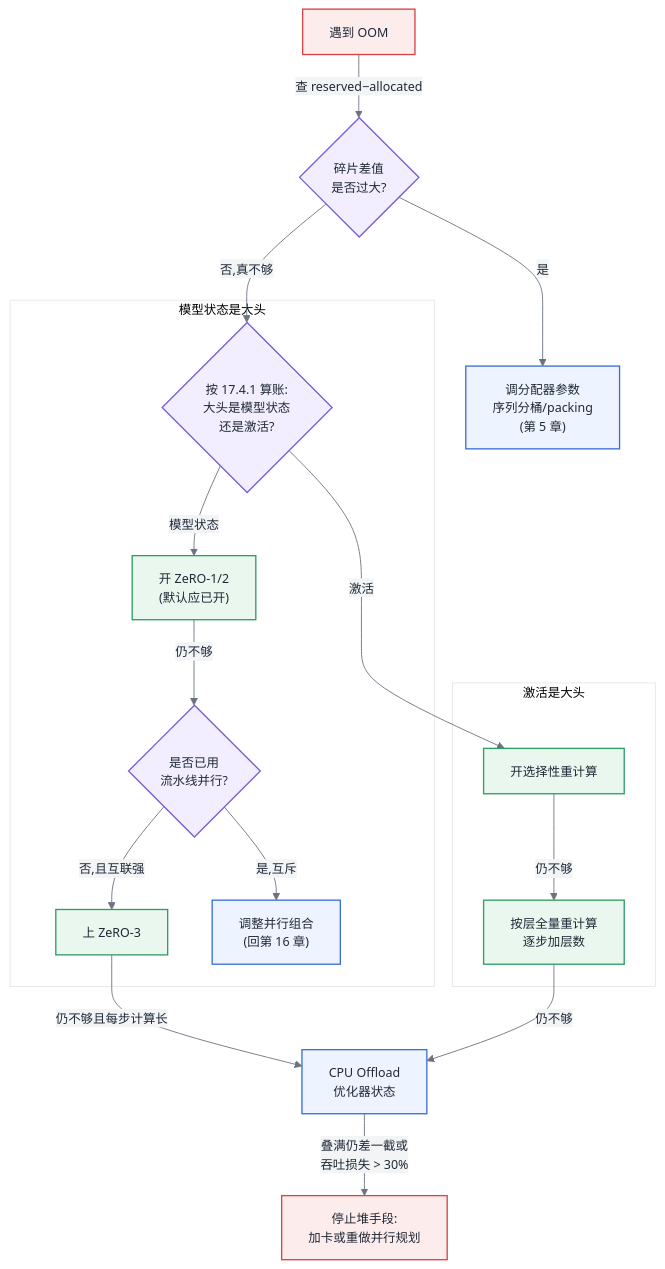
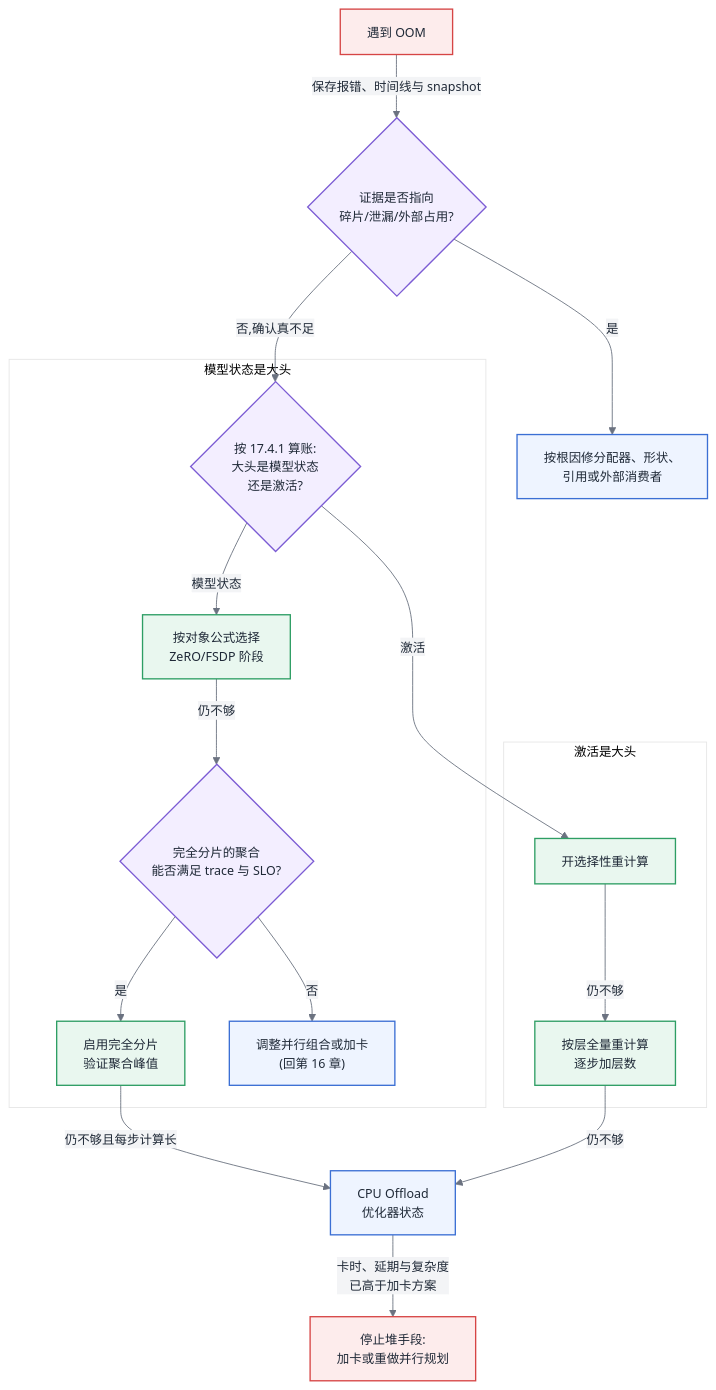
One commit to cdavid817/AI-Infra changed the second of 2 diagrams in 第四部分-训练系统/第17章-显存与训练侧精度机制.md. Above: the diagram before and after it, drawn with Mermaid. The commit also changed other lines of this file and 117 other files, not shown here.

````diff
--- a/第四部分-训练系统/第17章-显存与训练侧精度机制.md
+++ b/第四部分-训练系统/第17章-显存与训练侧精度机制.md
@@ -213,32 +279,32 @@
 ```mermaid
 %%{init: {'theme':'base','themeVariables':{
   'primaryColor':'#EEF4FF','primaryBorderColor':'#3B6FD4','primaryTextColor':'#1F2937',
   'secondaryColor':'#F3F4F6','tertiaryColor':'#FFFFFF',
   'lineColor':'#6B7280','fontFamily':'-apple-system, Segoe UI, Helvetica, Arial, sans-serif','fontSize':'14px'
 }}}%%
 flowchart TB
     classDef compute fill:#EEF4FF,stroke:#3B6FD4,stroke-width:1.5px,color:#1F2937
     classDef data fill:#E9F7EF,stroke:#2E9E64,stroke-width:1.5px,color:#1F2937
     classDef ctrl fill:#F3EEFF,stroke:#7C5CD4,stroke-width:1.5px,color:#1F2937
     classDef fault fill:#FDECEC,stroke:#D64545,stroke-width:1.5px,color:#1F2937
 
-    S[遇到 OOM]:::fault -->|"查 reserved−allocated"| F{碎片差值<br/>是否过大?}:::ctrl
-    F -->|是| F1["调分配器参数<br/>序列分桶/packing<br/>(第 5 章)"]:::compute
-    F -->|否,真不够| A{按 17.4.1 算账:<br/>大头是模型状态<br/>还是激活?}:::ctrl
+    S[遇到 OOM]:::fault -->|"保存报错、时间线与 snapshot"| F{证据是否指向<br/>碎片/泄漏/外部占用?}:::ctrl
+    F -->|是| F1["按根因修分配器、形状、<br/>引用或外部消费者"]:::compute
+    F -->|否,确认真不足| A{按 17.4.1 算账:<br/>大头是模型状态<br/>还是激活?}:::ctrl
 
     subgraph 模型状态路线["模型状态是大头"]
-        A -->|"模型状态"| B["开 ZeRO-1/2<br/>(默认应已开)"]:::data
-        B -->|仍不够| C{"是否已用<br/>流水线并行?"}:::ctrl
-        C -->|否,且互联强| D["上 ZeRO-3"]:::data
-        C -->|是,互斥| E["调整并行组合<br/>(回第 16 章)"]:::compute
+        A -->|"模型状态"| B["按对象公式选择<br/>ZeRO/FSDP 阶段"]:::data
+        B -->|仍不够| C{"完全分片的聚合<br/>能否满足 trace 与 SLO?"}:::ctrl
+        C -->|是| D["启用完全分片<br/>验证聚合峰值"]:::data
+        C -->|否| E["调整并行组合或加卡<br/>(回第 16 章)"]:::compute
     end
 
     subgraph 激活路线["激活是大头"]
         A -->|"激活"| G["开选择性重计算"]:::data
         G -->|仍不够| H["按层全量重计算<br/>逐步加层数"]:::data
     end
 
     D -->|"仍不够且每步计算长"| I["CPU Offload<br/>优化器状态"]:::compute
     H -->|仍不够| I
-    I -->|"叠满仍差一截或<br/>吞吐损失 > 30%"| J["停止堆手段:<br/>加卡或重做并行规划"]:::fault
+    I -->|"卡时、延期与复杂度<br/>已高于加卡方案"| J["停止堆手段:<br/>加卡或重做并行规划"]:::fault
 ```
````
